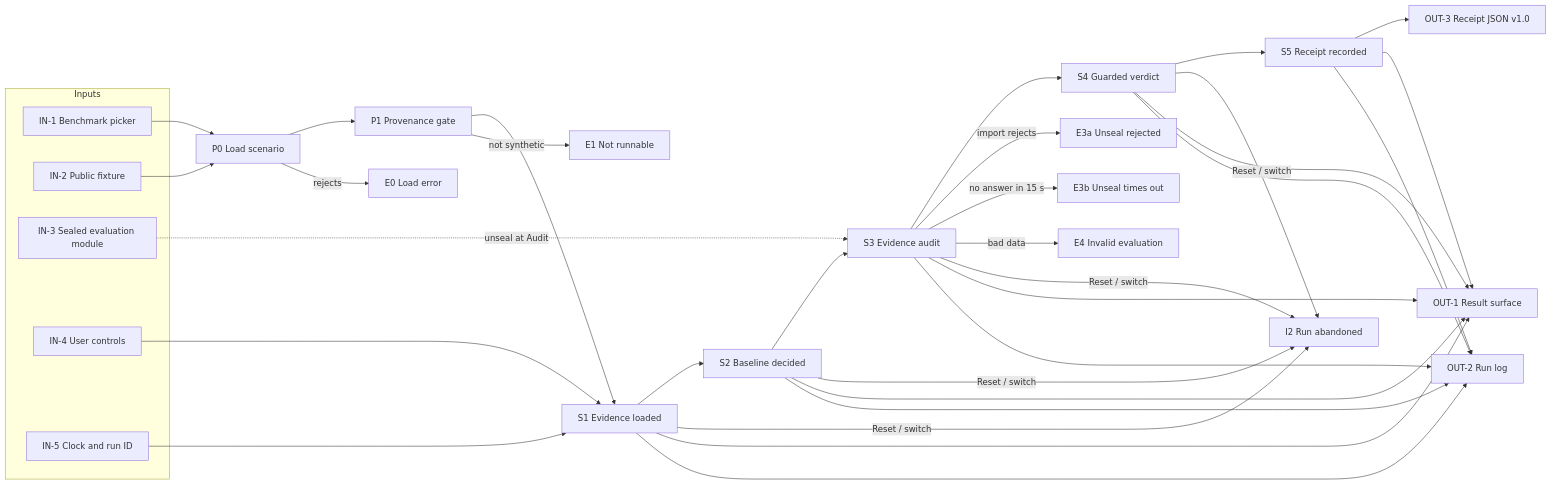
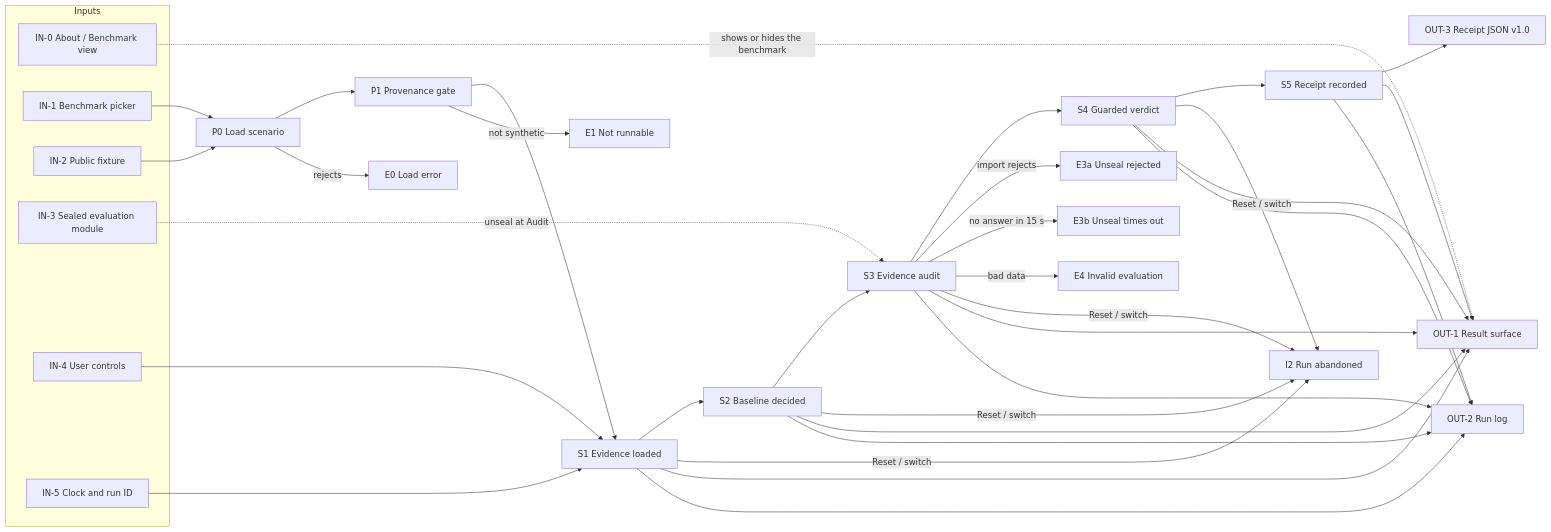
The diagram in docs/PIPELINE.md (neomatrix369/falsifybench), drawn with Mermaid before and after one commit. The commit also changed other lines of this file and 2 other files, not shown here.

Commit message:
docs: cover the About view in README code map, PIPELINE and playbook

````diff
--- a/docs/PIPELINE.md
+++ b/docs/PIPELINE.md
@@ -9,26 +9,28 @@
 ```mermaid
 flowchart LR
   subgraph IN[Inputs]
+    IN0[IN-0 About / Benchmark view]
     IN1[IN-1 Benchmark picker]
     IN2[IN-2 Public fixture]
     IN3[IN-3 Sealed evaluation module]
     IN4[IN-4 User controls]
     IN5[IN-5 Clock and run ID]
   end
   P0[P0 Load scenario] --> P1[P1 Provenance gate]
   P1 --> S1[S1 Evidence loaded] --> S2[S2 Baseline decided] --> S3[S3 Evidence audit] --> S4[S4 Guarded verdict] --> S5[S5 Receipt recorded]
+  IN0 -. shows or hides the benchmark .-> OUT1
   IN1 --> P0
   IN2 --> P0
   IN3 -. unseal at Audit .-> S3
   IN4 --> S1
   IN5 --> S1
   P0 -- rejects --> E0[E0 Load error]
   P1 -- not synthetic --> E1[E1 Not runnable]
   S3 -- import rejects --> E3a[E3a Unseal rejected]
   S3 -- no answer in 15 s --> E3b[E3b Unseal times out]
   S3 -- bad data --> E4[E4 Invalid evaluation]
   S1 & S2 & S3 & S4 -- Reset / switch --> I2[I2 Run abandoned]
   S5 --> OUT3[OUT-3 Receipt JSON v1.0]
   S1 & S2 & S3 & S4 & S5 --> OUT1[OUT-1 Result surface]
   S1 & S2 & S3 & S4 & S5 --> OUT2[OUT-2 Run log]
 ```
````
